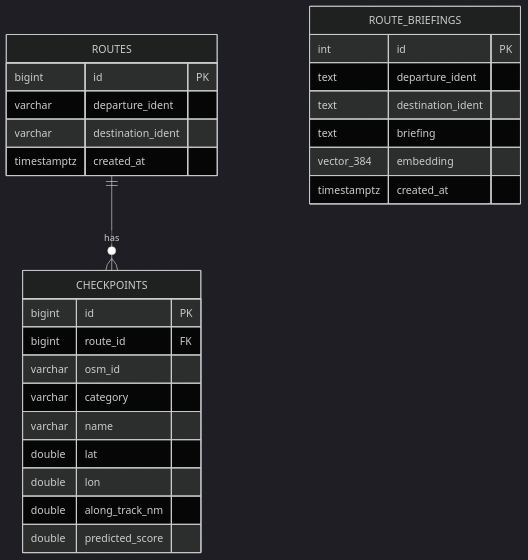
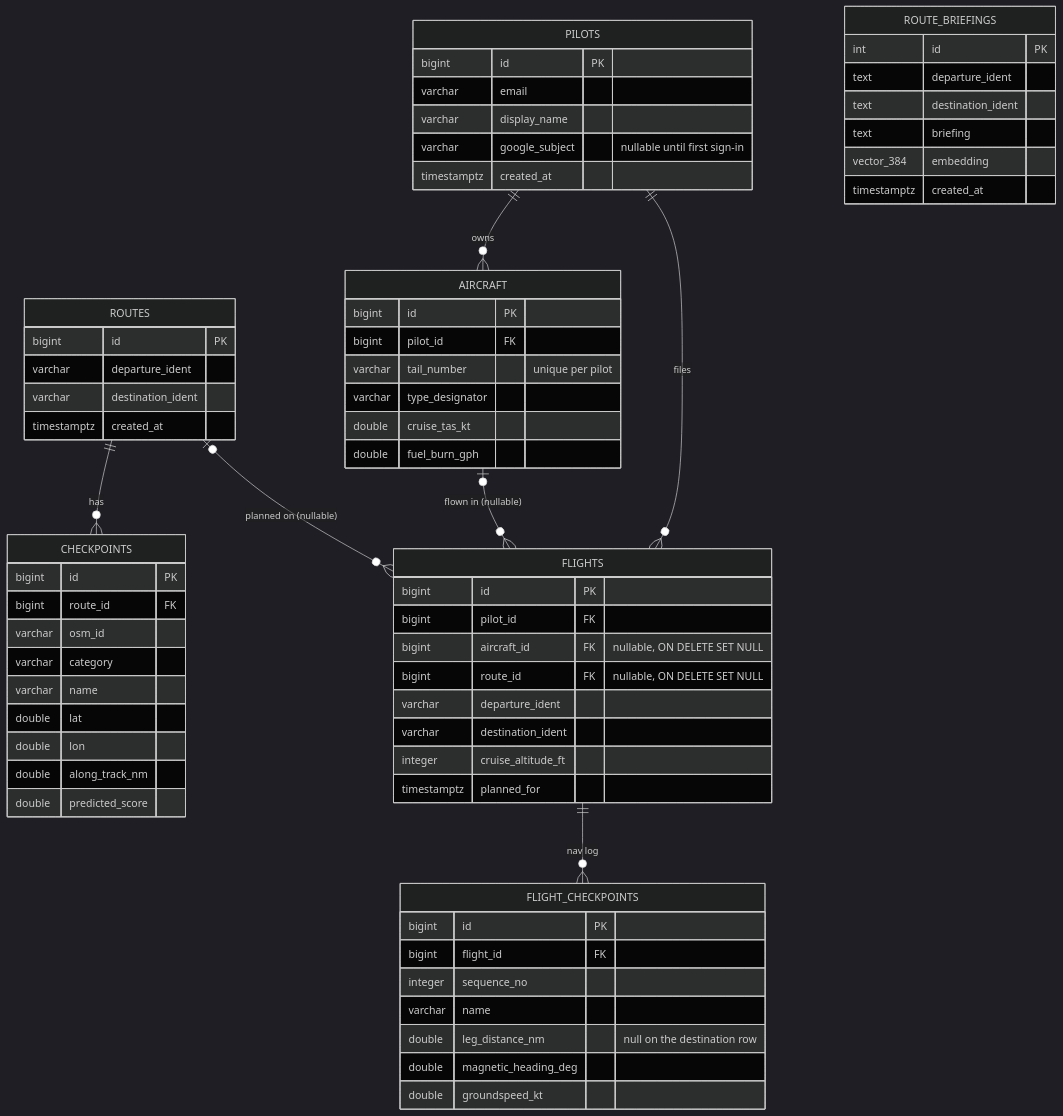
Before and after one commit to asdaq-samir/flight_plan: the diagram in docs/README.md, drawn with Mermaid (dark theme). The commit also changed other lines of this file and 2 other files, not shown here.

First line of the commit message:
Update docs for the new pages, endpoints, pilots/aircraft/flights schema, and multi-model serving

````diff
--- a/docs/README.md
+++ b/docs/README.md
@@ -229,29 +247,68 @@
 ```mermaid
 erDiagram
     ROUTES ||--o{ CHECKPOINTS : has
     ROUTES {
         bigint id PK
         varchar departure_ident
         varchar destination_ident
         timestamptz created_at
     }
     CHECKPOINTS {
         bigint id PK
         bigint route_id FK
         varchar osm_id
         varchar category
         varchar name
         double lat
         double lon
         double along_track_nm
         double predicted_score
     }
+    PILOTS ||--o{ AIRCRAFT : owns
+    PILOTS ||--o{ FLIGHTS : files
+    AIRCRAFT |o--o{ FLIGHTS : "flown in (nullable)"
+    ROUTES |o--o{ FLIGHTS : "planned on (nullable)"
+    FLIGHTS ||--o{ FLIGHT_CHECKPOINTS : "nav log"
+    PILOTS {
+        bigint id PK
+        varchar email
+        varchar display_name
+        varchar google_subject "nullable until first sign-in"
+        timestamptz created_at
+    }
+    AIRCRAFT {
+        bigint id PK
+        bigint pilot_id FK
+        varchar tail_number "unique per pilot"
+        varchar type_designator
+        double cruise_tas_kt
+        double fuel_burn_gph
+    }
+    FLIGHTS {
+        bigint id PK
+        bigint pilot_id FK
+        bigint aircraft_id FK "nullable, ON DELETE SET NULL"
+        bigint route_id FK "nullable, ON DELETE SET NULL"
+        varchar departure_ident
+        varchar destination_ident
+        integer cruise_altitude_ft
+        timestamptz planned_for
+    }
+    FLIGHT_CHECKPOINTS {
+        bigint id PK
+        bigint flight_id FK
+        integer sequence_no
+        varchar name
+        double leg_distance_nm "null on the destination row"
+        double magnetic_heading_deg
+        double groundspeed_kt
+    }
     ROUTE_BRIEFINGS {
         int id PK
         text departure_ident
         text destination_ident
         text briefing
         vector_384 embedding
         timestamptz created_at
     }
 ```
````
